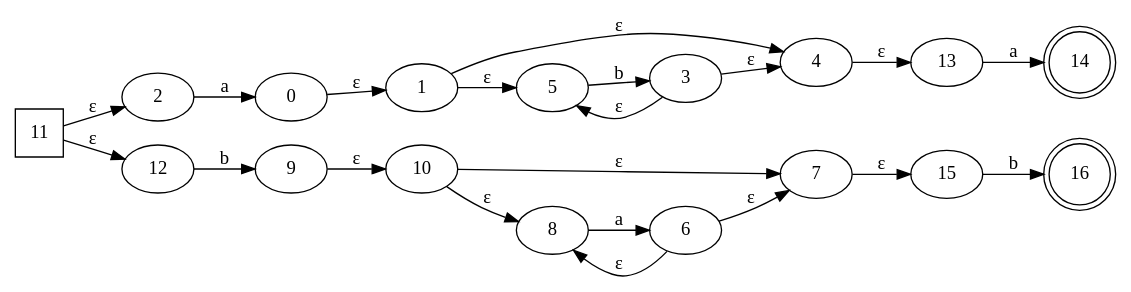
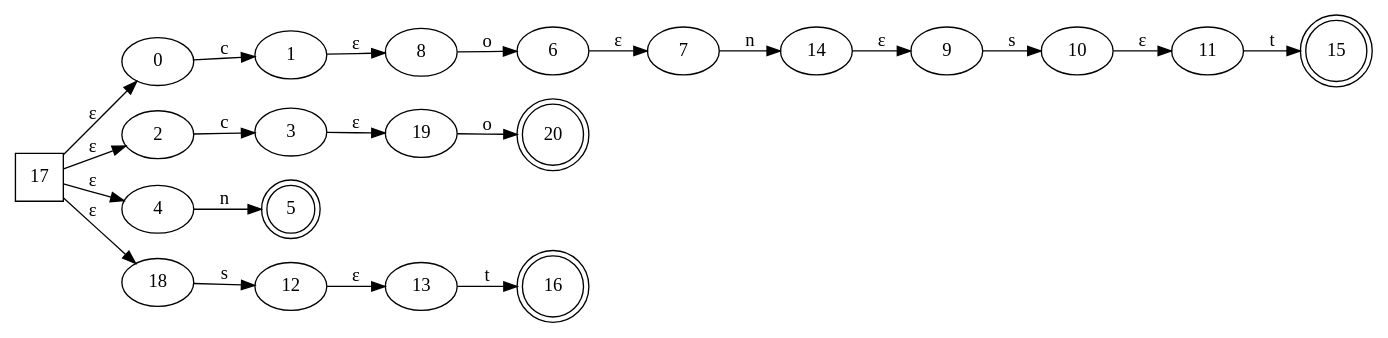
The diagram in graphs/afdd/ohyea.dot (jav-ram/compis1), drawn with Graphviz before and after one commit. The commit also changed 4 other files, not shown here.

```diff
--- a/graphs/afdd/ohyea.dot
+++ b/graphs/afdd/ohyea.dot
@@ -1,41 +1,45 @@
 digraph G {
 	rankdir=LR;
-	0->1[ label=ɛ ];
-	2->0[ label=a ];
-	3->4[ label=ɛ ];
-	3->5[ label=ɛ ];
+	0->1[ label=c ];
+	2->3[ label=c ];
+	4->5[ label=n ];
 	6->7[ label=ɛ ];
-	6->8[ label=ɛ ];
-	9->10[ label=ɛ ];
-	11->2[ label=ɛ ];
-	11->12[ label=ɛ ];
-	13->14[ label=a ];
-	4->13[ label=ɛ ];
-	8->6[ label=a ];
-	15->16[ label=b ];
-	5->3[ label=b ];
-	1->5[ label=ɛ ];
-	1->4[ label=ɛ ];
-	7->15[ label=ɛ ];
-	10->8[ label=ɛ ];
-	10->7[ label=ɛ ];
-	12->9[ label=b ];
+	8->6[ label=o ];
+	1->8[ label=ɛ ];
+	9->10[ label=s ];
+	10->11[ label=ɛ ];
+	12->13[ label=ɛ ];
+	14->9[ label=ɛ ];
+	7->14[ label=n ];
+	11->15[ label=t ];
+	13->16[ label=t ];
+	17->0[ label=ɛ ];
+	17->2[ label=ɛ ];
+	17->4[ label=ɛ ];
+	17->18[ label=ɛ ];
+	19->20[ label=o ];
+	3->19[ label=ɛ ];
+	18->12[ label=s ];
 	0;
 	1;
 	10;
-	11 [ shape=square ];
+	11;
 	12;
 	13;
-	14 [ shape=doublecircle ];
-	15;
+	14;
+	15 [ shape=doublecircle ];
 	16 [ shape=doublecircle ];
+	17 [ shape=square ];
+	18;
+	19;
 	2;
+	20 [ shape=doublecircle ];
 	3;
 	4;
-	5;
+	5 [ shape=doublecircle ];
 	6;
 	7;
 	8;
 	9;
 
 }
```
